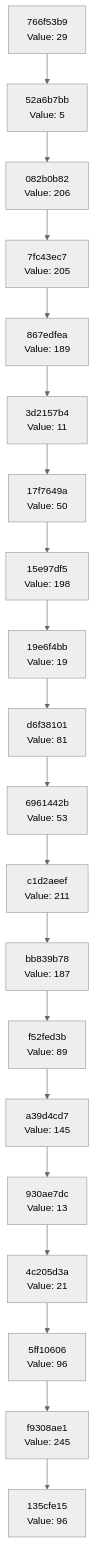
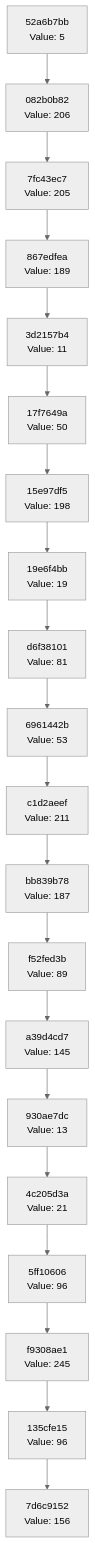
Before and after one commit to Abhisheksinha1506/hash-chain-evolver: the diagram in docs/CHAIN_VISUALIZATION.md, drawn with Mermaid (neutral theme). The commit also changed 2 other files, not shown here.

Commit message:
Evolution step: hash 0x9C → action executed

````diff
--- a/docs/CHAIN_VISUALIZATION.md
+++ b/docs/CHAIN_VISUALIZATION.md
@@ -3,42 +3,42 @@
 ```mermaid
 graph TD
-    C0["135cfe15<br/>Value: 96"]
-    C1["f9308ae1<br/>Value: 245"]
+    C0["7d6c9152<br/>Value: 156"]
+    C1["135cfe15<br/>Value: 96"]
     C1 --> C0
-    C2["5ff10606<br/>Value: 96"]
+    C2["f9308ae1<br/>Value: 245"]
     C2 --> C1
-    C3["4c205d3a<br/>Value: 21"]
+    C3["5ff10606<br/>Value: 96"]
     C3 --> C2
-    C4["930ae7dc<br/>Value: 13"]
+    C4["4c205d3a<br/>Value: 21"]
     C4 --> C3
-    C5["a39d4cd7<br/>Value: 145"]
+    C5["930ae7dc<br/>Value: 13"]
     C5 --> C4
-    C6["f52fed3b<br/>Value: 89"]
+    C6["a39d4cd7<br/>Value: 145"]
     C6 --> C5
-    C7["bb839b78<br/>Value: 187"]
+    C7["f52fed3b<br/>Value: 89"]
     C7 --> C6
-    C8["c1d2aeef<br/>Value: 211"]
+    C8["bb839b78<br/>Value: 187"]
     C8 --> C7
-    C9["6961442b<br/>Value: 53"]
+    C9["c1d2aeef<br/>Value: 211"]
     C9 --> C8
-    C10["d6f38101<br/>Value: 81"]
+    C10["6961442b<br/>Value: 53"]
     C10 --> C9
-    C11["19e6f4bb<br/>Value: 19"]
+    C11["d6f38101<br/>Value: 81"]
     C11 --> C10
-    C12["15e97df5<br/>Value: 198"]
+    C12["19e6f4bb<br/>Value: 19"]
     C12 --> C11
-    C13["17f7649a<br/>Value: 50"]
+    C13["15e97df5<br/>Value: 198"]
     C13 --> C12
-    C14["3d2157b4<br/>Value: 11"]
+    C14["17f7649a<br/>Value: 50"]
     C14 --> C13
-    C15["867edfea<br/>Value: 189"]
+    C15["3d2157b4<br/>Value: 11"]
     C15 --> C14
-    C16["7fc43ec7<br/>Value: 205"]
+    C16["867edfea<br/>Value: 189"]
     C16 --> C15
-    C17["082b0b82<br/>Value: 206"]
+    C17["7fc43ec7<br/>Value: 205"]
     C17 --> C16
-    C18["52a6b7bb<br/>Value: 5"]
+    C18["082b0b82<br/>Value: 206"]
     C18 --> C17
-    C19["766f53b9<br/>Value: 29"]
+    C19["52a6b7bb<br/>Value: 5"]
     C19 --> C18
 ```
````
